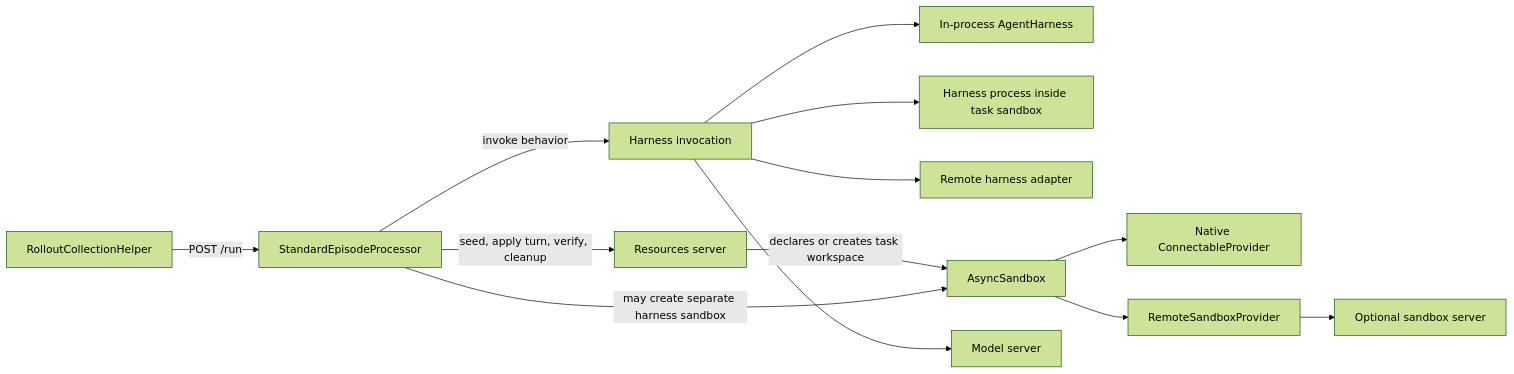
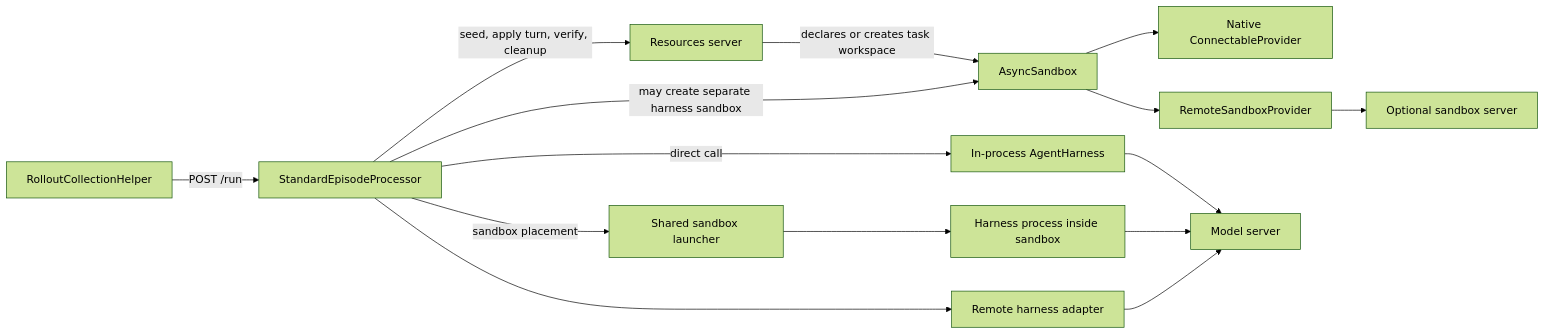
The first of 2 diagrams in investigations/episode-orchestration-design.md (ananthsub/Gym), drawn with Mermaid (forest theme) before and after one commit. The commit also changed other lines of this file and 1 other file, not shown here.

First line of the commit message:
docs(investigations): clarify harness sandbox orchestration

````diff
--- a/investigations/episode-orchestration-design.md
+++ b/investigations/episode-orchestration-design.md
@@ -42,15 +42,17 @@
 ```mermaid
 flowchart LR
     Collector["RolloutCollectionHelper"] -->|POST /run| Processor["StandardEpisodeProcessor"]
     Processor -->|seed, apply turn, verify, cleanup| Resources["Resources server"]
-    Processor -->|invoke behavior| Adapter["Harness invocation"]
-    Adapter --> Local["In-process AgentHarness"]
-    Adapter --> Guest["Harness process inside task sandbox"]
-    Adapter --> Remote["Remote harness adapter"]
+    Processor -->|direct call| Local["In-process AgentHarness"]
+    Processor -->|sandbox placement| Launcher["Shared sandbox launcher"]
+    Launcher --> Guest["Harness process inside sandbox"]
+    Processor --> Remote["Remote harness adapter"]
     Resources -->|declares or creates task workspace| Sandbox["AsyncSandbox"]
     Processor -->|may create separate harness sandbox| Sandbox
     Sandbox --> Direct["Native ConnectableProvider"]
     Sandbox --> Proxy["RemoteSandboxProvider"]
     Proxy --> Server["Optional sandbox server"]
-    Adapter --> Model["Model server"]
+    Local --> Model["Model server"]
+    Guest --> Model
+    Remote --> Model
 ```
````
